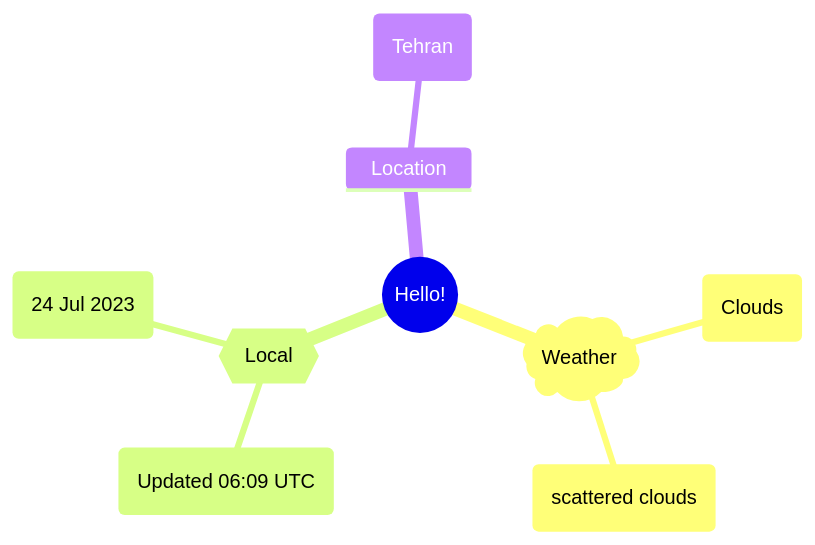
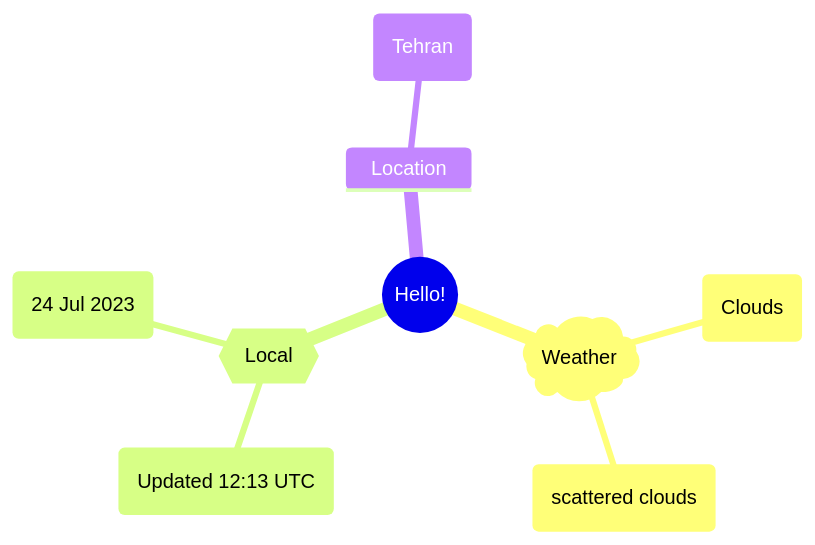
Before and after one commit to Xosrov/Xosrov: the first of 2 diagrams in README.md, drawn with Mermaid.

Commit message:
[bot] updated images

````diff
--- a/README.md
+++ b/README.md
@@ -3,12 +3,12 @@
 ```mermaid
 mindmap
   root((Hello!))
     )Weather(
         (Clouds)
         (scattered clouds)
     {{Local}}
-        (Updated 06:09 UTC)
+        (Updated 12:13 UTC)
         (24 Jul 2023)
     Location
         (Tehran)
 ```
````
